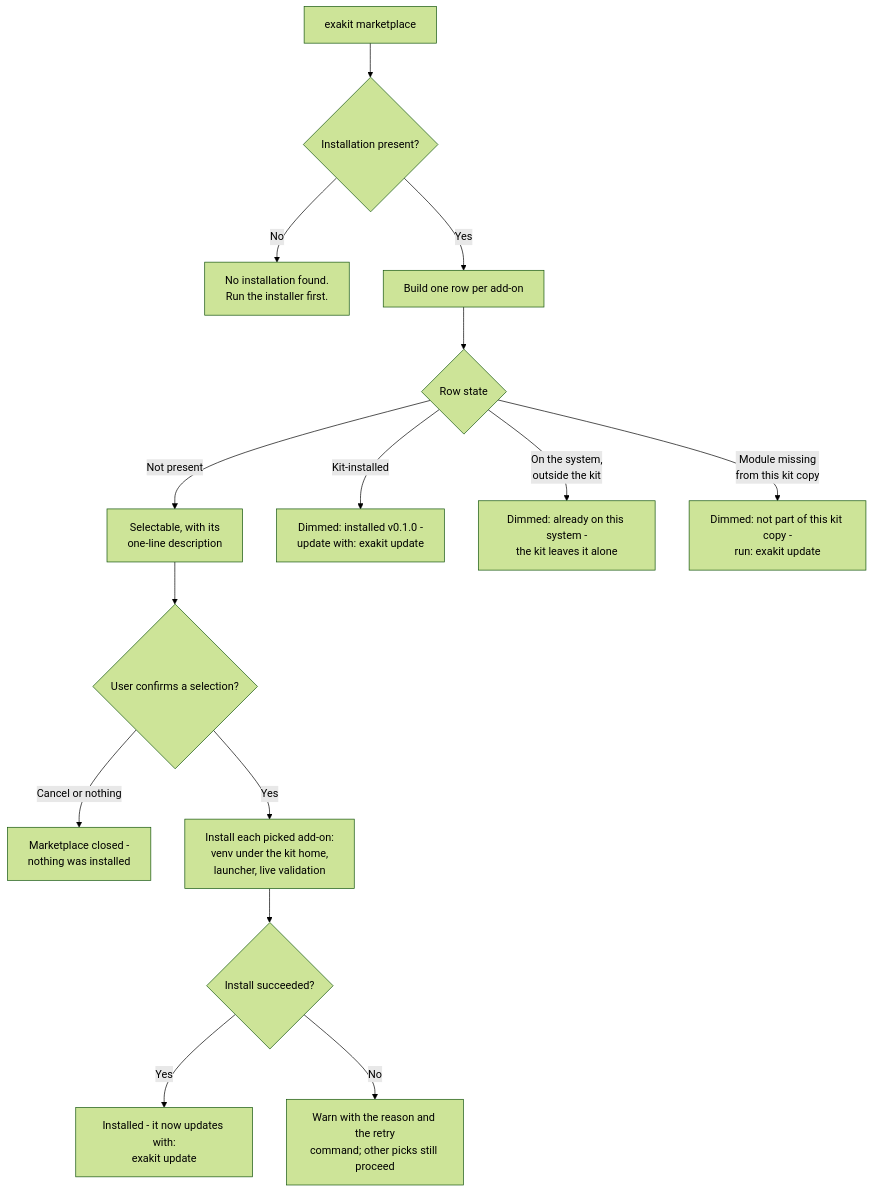
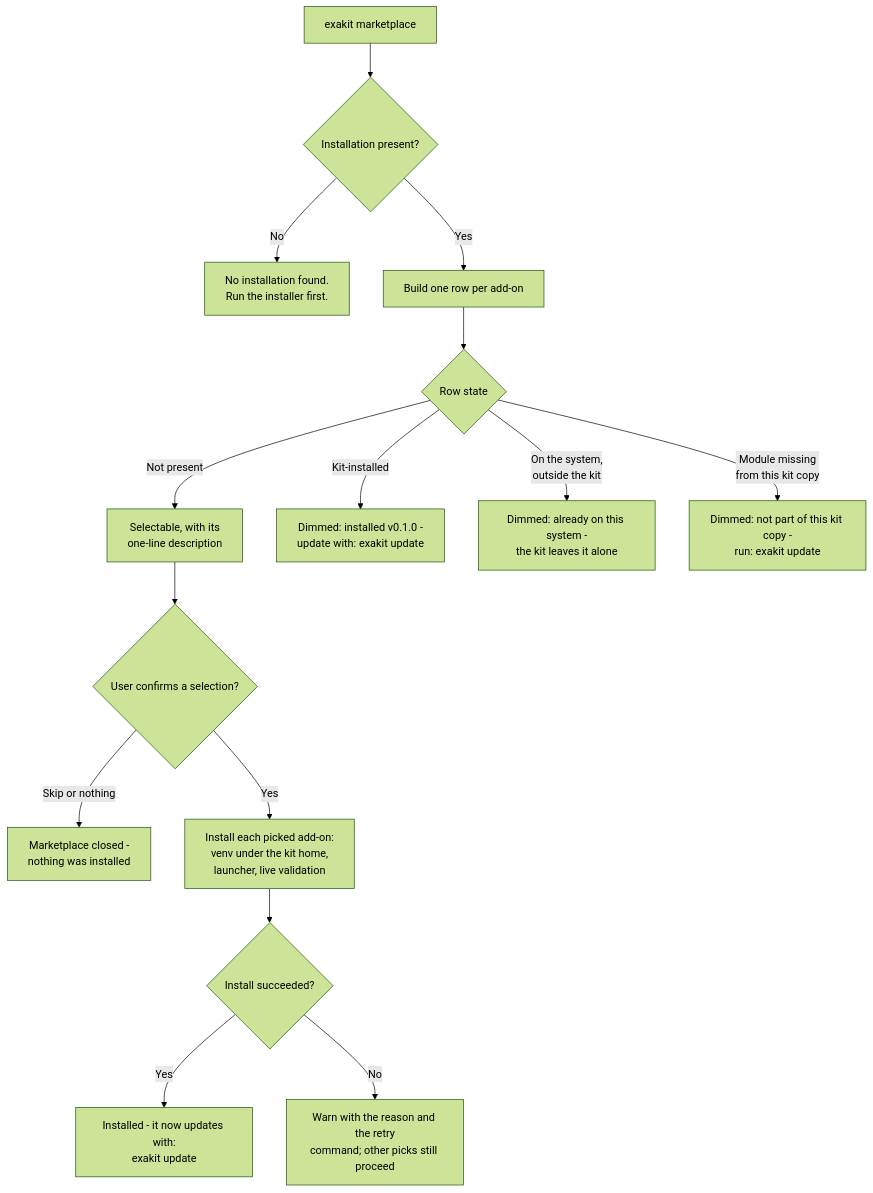
The fourth of 7 diagrams in MARKETPLACE.md (krishna-exasol/update-path), drawn with Mermaid (forest theme) before and after one commit. The commit also changed other lines of this file and 15 other files, not shown here.

````diff
--- a/MARKETPLACE.md
+++ b/MARKETPLACE.md
@@ -197,19 +206,19 @@
 ```mermaid
 flowchart TD
     A[exakit marketplace] --> B{Installation present?}
     B -->|No| C[No installation found.<br>Run the installer first.]
     B -->|Yes| D[Build one row per add-on]
     D --> E{Row state}
     E -->|Not present| F[Selectable, with its<br>one-line description]
     E -->|Kit-installed| G[Dimmed: installed v0.1.0 -<br>update with: exakit update]
     E -->|On the system,<br>outside the kit| H[Dimmed: already on this system -<br>the kit leaves it alone]
     E -->|Module missing<br>from this kit copy| I[Dimmed: not part of this kit copy -<br>run: exakit update]
     F --> J{User confirms a selection?}
-    J -->|Cancel or nothing| K[Marketplace closed -<br>nothing was installed]
+    J -->|Skip or nothing| K[Marketplace closed -<br>nothing was installed]
     J -->|Yes| L[Install each picked add-on:<br>venv under the kit home,<br>launcher, live validation]
     L --> M{Install succeeded?}
     M -->|Yes| N[Installed - it now updates with:<br>exakit update]
     M -->|No| O[Warn with the reason and the retry<br>command; other picks still proceed]
 
     click N "#scenario-4-keeping-an-add-on-up-to-date"
 ```
````
